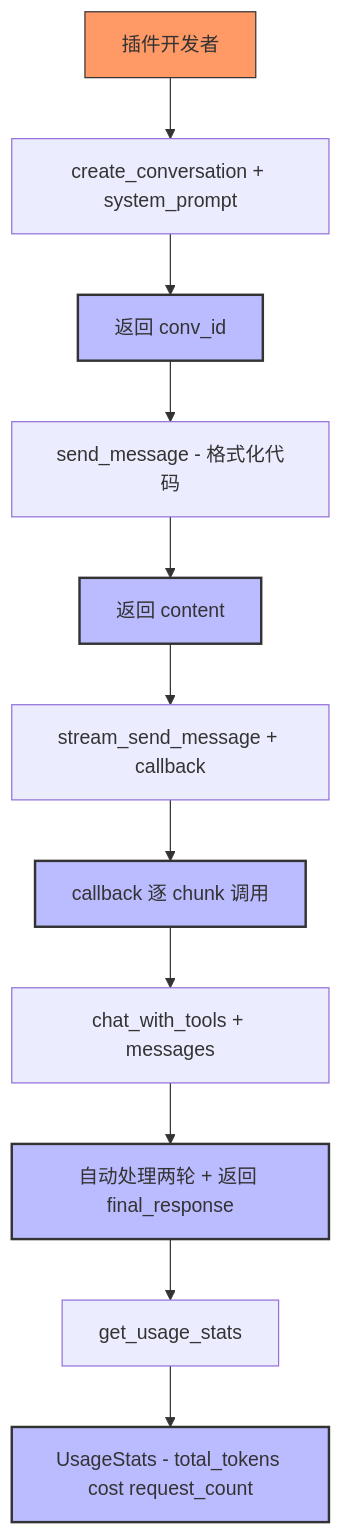
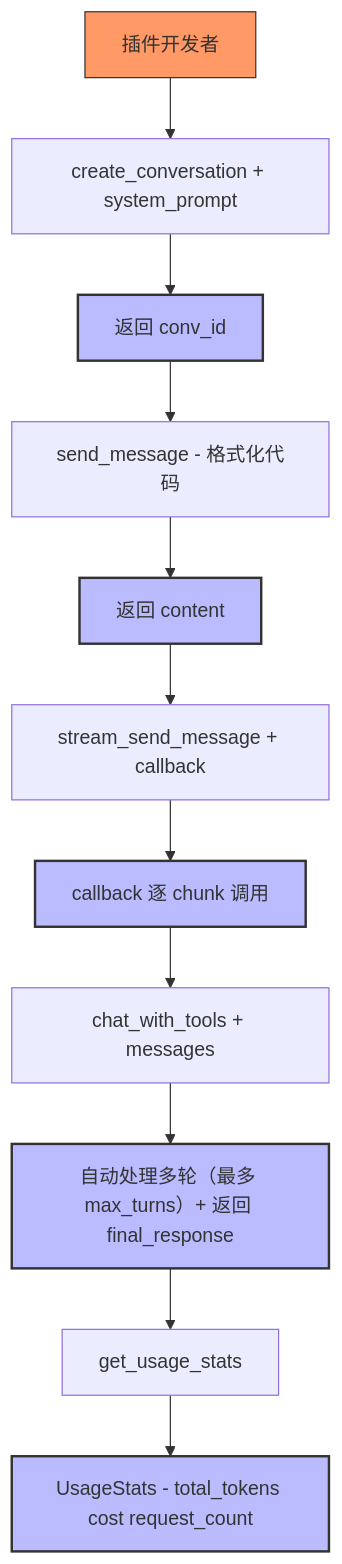
Before and after one commit to KKPIP-Tech/InstructionX: the third of 4 diagrams in docs/plugins/llm-integration-guide.md, drawn with Mermaid. The commit also changed other lines of this file and 24 other files, not shown here.

````diff
--- a/docs/plugins/llm-integration-guide.md
+++ b/docs/plugins/llm-integration-guide.md
@@ -166,32 +167,32 @@
 ```mermaid
 flowchart TB
     START[插件开发者]
     CREATE[create_conversation + system_prompt]
     CONV_ID[返回 conv_id]
     SEND[send_message - 格式化代码]
     RESP1[返回 content]
     STREAM[stream_send_message + callback]
     RESP2[callback 逐 chunk 调用]
     TOOLS[chat_with_tools + messages]
-    RESP3[自动处理两轮 + 返回 final_response]
+    RESP3[自动处理多轮（最多 max_turns）+ 返回 final_response]
     STATS[get_usage_stats]
     RESP4[UsageStats - total_tokens cost request_count]
 
     START --> CREATE
     CREATE --> CONV_ID
     CONV_ID --> SEND
     SEND --> RESP1
     RESP1 --> STREAM
     STREAM --> RESP2
     RESP2 --> TOOLS
     TOOLS --> RESP3
     RESP3 --> STATS
     STATS --> RESP4
 
     style START fill:#f96,stroke:#333
     style CONV_ID fill:#bbf,stroke:#333,stroke-width:2px
     style RESP1 fill:#bbf,stroke:#333,stroke-width:2px
     style RESP2 fill:#bbf,stroke:#333,stroke-width:2px
     style RESP3 fill:#bbf,stroke:#333,stroke-width:2px
     style RESP4 fill:#bbf,stroke:#333,stroke-width:2px
 ```
````
